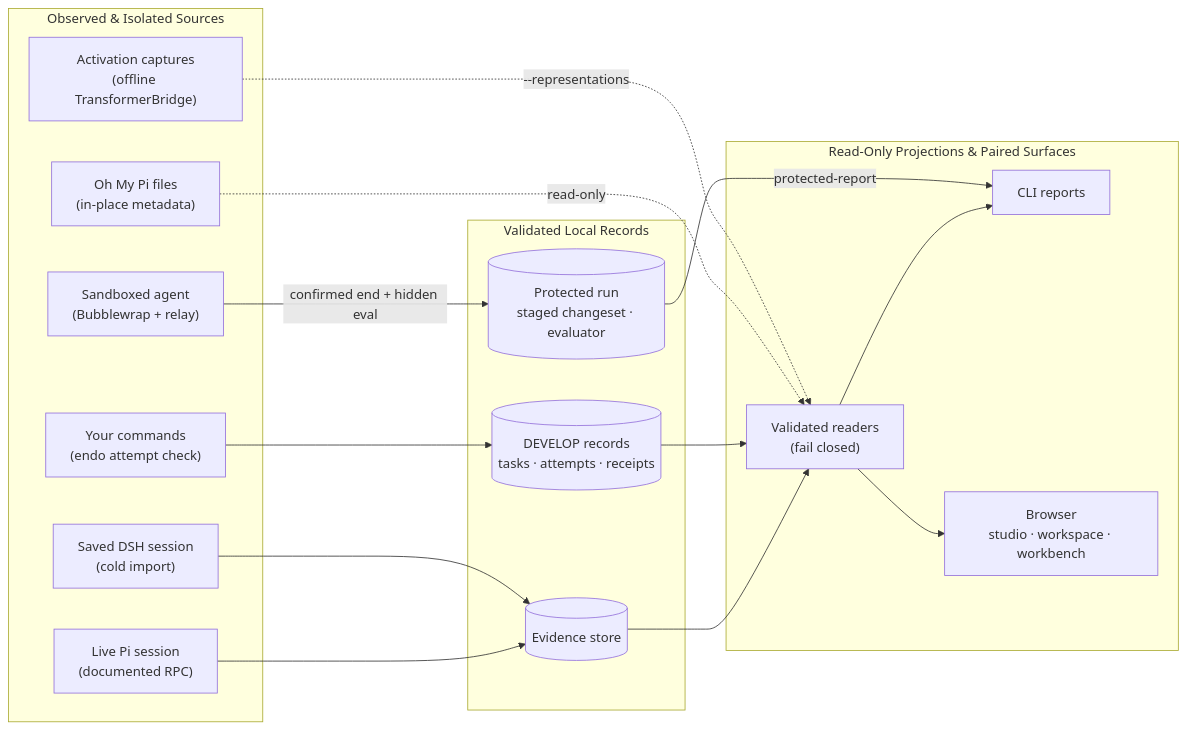
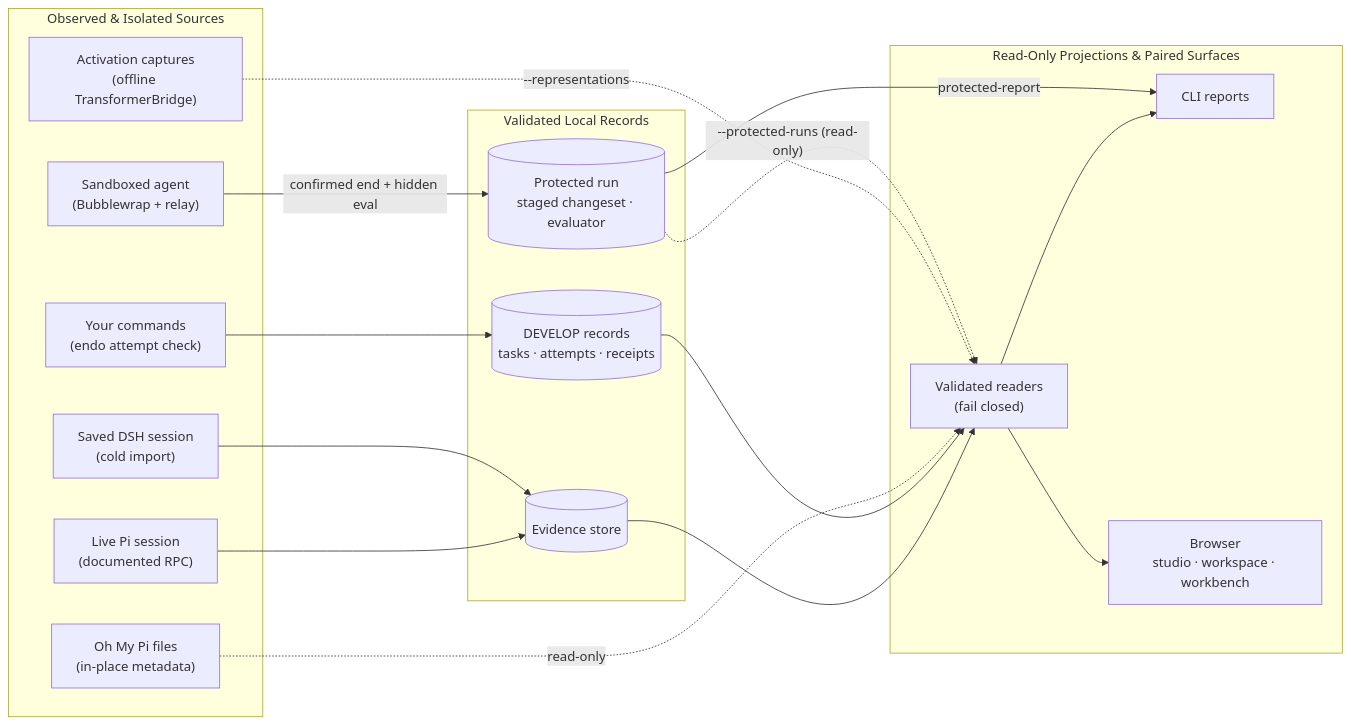
Before and after one commit to noctem-o/endophasia: the second of 2 diagrams in README.md, drawn with Mermaid. The commit also changed other lines of this file and 22 other files, not shown here.

Commit message:
feat(evolve): read-only Protected Experiment Inspector in Studio (EVOLVE-INSPECT-001)

````diff
--- a/README.md
+++ b/README.md
@@ -469,35 +469,36 @@
 ```mermaid
 flowchart LR
     subgraph Inputs["Observed & Isolated Sources"]
         P["Live Pi session<br/>(documented RPC)"]
         D["Saved DSH session<br/>(cold import)"]
         O["Oh My Pi files<br/>(in-place metadata)"]
         R["Activation captures<br/>(offline TransformerBridge)"]
         X["Sandboxed agent<br/>(Bubblewrap + relay)"]
         Y["Your commands<br/>(endo attempt check)"]
     end
 
     subgraph Records["Validated Local Records"]
         S[("Evidence store")]
         M[("DEVELOP records<br/>tasks · attempts · receipts")]
         E[("Protected run<br/>staged changeset · evaluator")]
     end
 
     subgraph Surfaces["Read-Only Projections & Paired Surfaces"]
         V["Validated readers<br/>(fail closed)"]
         C["CLI reports"]
         W["Browser<br/>studio · workspace · workbench"]
     end
 
     P --> S
     D --> S
     Y --> M
     X -->|"confirmed end + hidden eval"| E
     S --> V
     M --> V
     O -.->|"read-only"| V
     R -.->|"--representations"| V
     V --> C
     V --> W
     E -->|"protected-report"| C
+    E -.->|"--protected-runs (read-only)"| V
 ```
````
